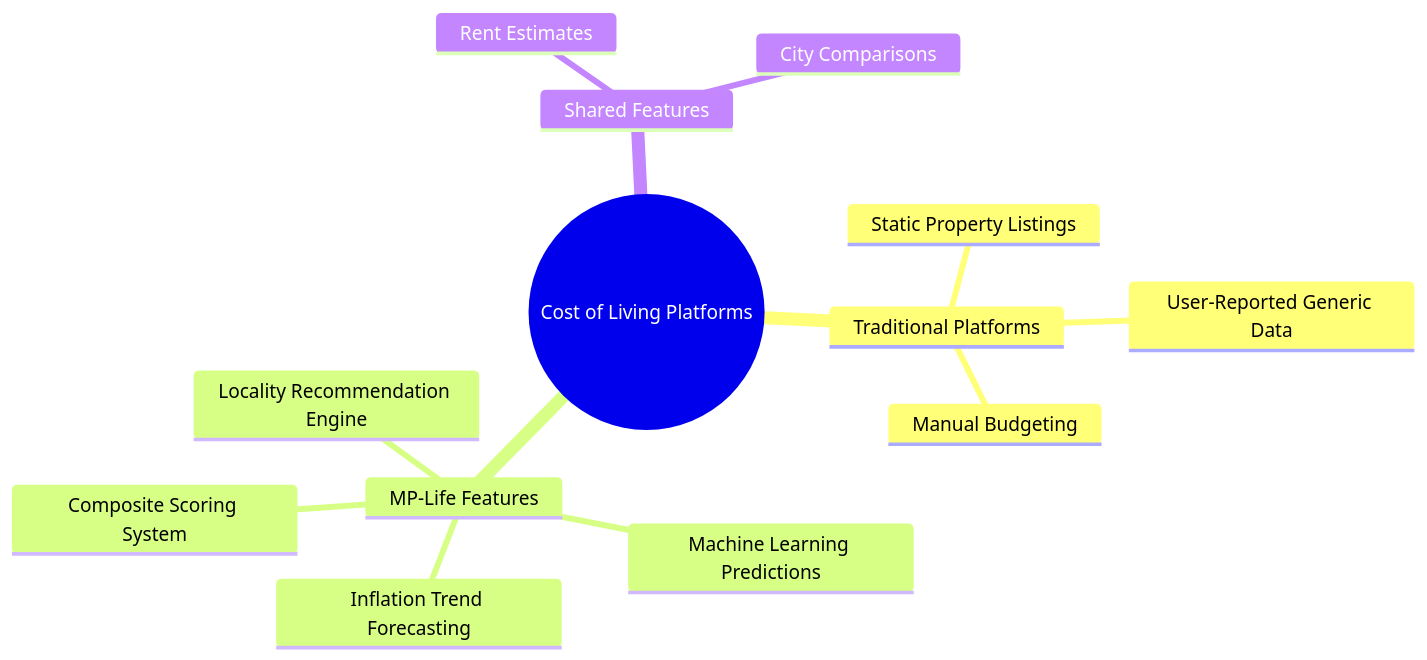
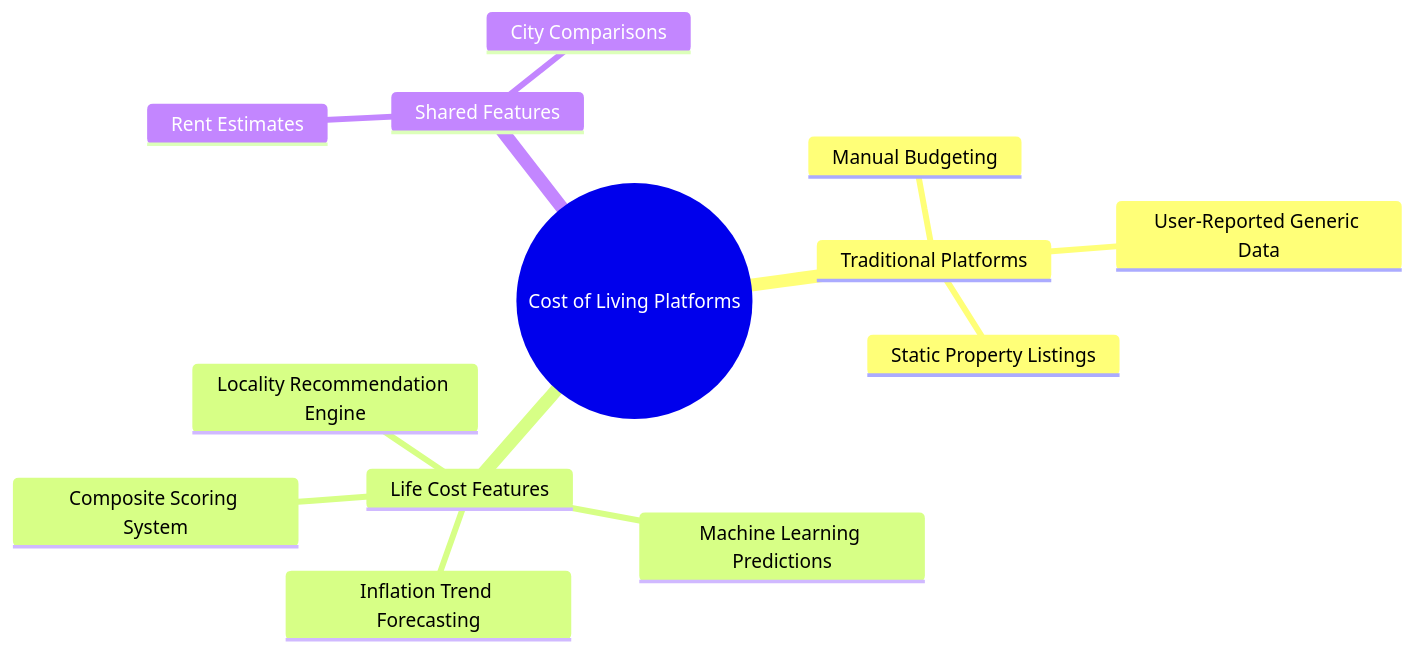
Before and after one commit to JayantSinghRawat/LifeCost: the diagram in presentation.md, drawn with Mermaid. The commit also changed other lines of this file and 13 other files, not shown here.

Commit message:
Rename project from MP-Life to Life Cost

````diff
--- a/presentation.md
+++ b/presentation.md
@@ -48,16 +48,16 @@
 ```mermaid
 mindmap
   root((Cost of Living Platforms))
     Traditional Platforms
       Static Property Listings
       User-Reported Generic Data
       Manual Budgeting
-    MP-Life Features
+    Life Cost Features
       Locality Recommendation Engine
       Machine Learning Predictions
       Inflation Trend Forecasting
       Composite Scoring System
     Shared Features
       Rent Estimates
       City Comparisons
 ```
````
